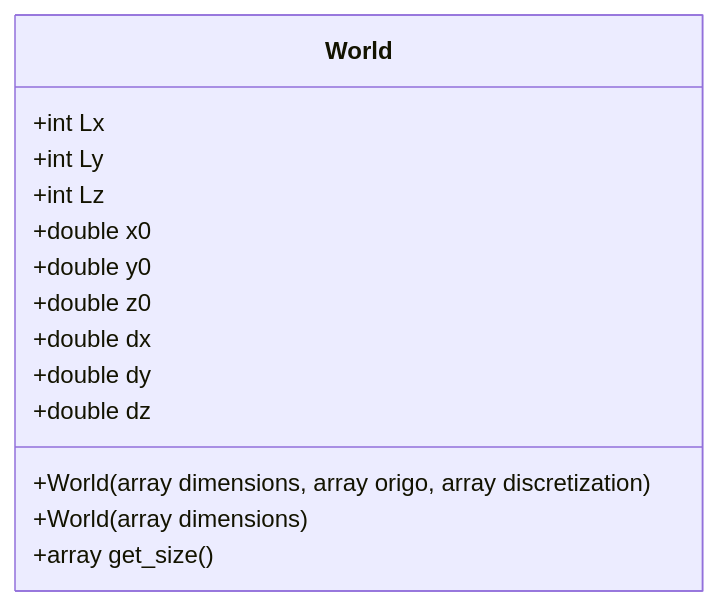
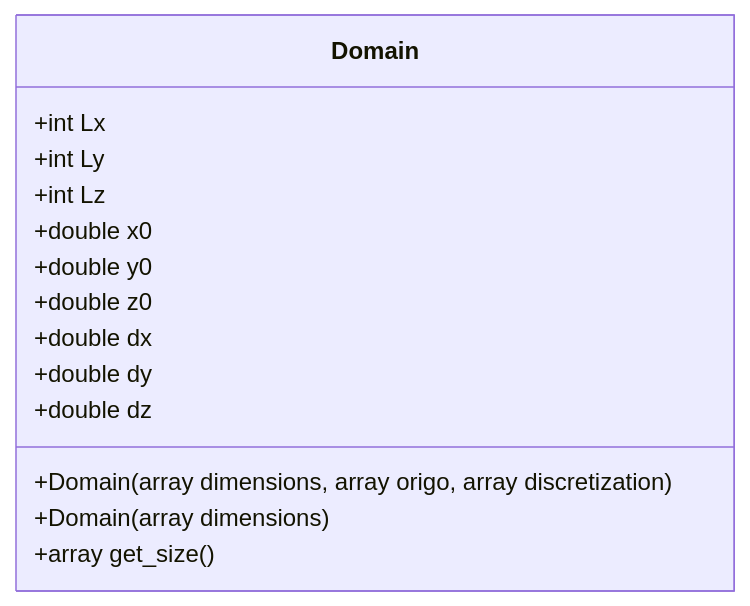
Before and after one commit to VTT-ProperTune/OpenPFC: the second of 2 diagrams in docs/getting_started/01-basics/README.md, drawn with Mermaid. The commit also changed other lines of this file and 6 other files, not shown here.

First line of the commit message:
Migrate learning docs from deprecated World to Domain

````diff
--- a/docs/getting_started/01-basics/README.md
+++ b/docs/getting_started/01-basics/README.md
@@ -123,18 +123,18 @@
 ```mermaid
 classDiagram
 
-class World{
+class Domain{
   +int Lx
   +int Ly
   +int Lz
   +double x0
   +double y0
   +double z0
   +double dx
   +double dy
   +double dz
-  +World(array<int, 3> dimensions, array<int, 3> origo, array<int, 3> discretization)
-  +World(array<int, 3> dimensions)
+  +Domain(array<int, 3> dimensions, array<int, 3> origo, array<int, 3> discretization)
+  +Domain(array<int, 3> dimensions)
   +array<int,3> get_size()
 }
 ```
````
